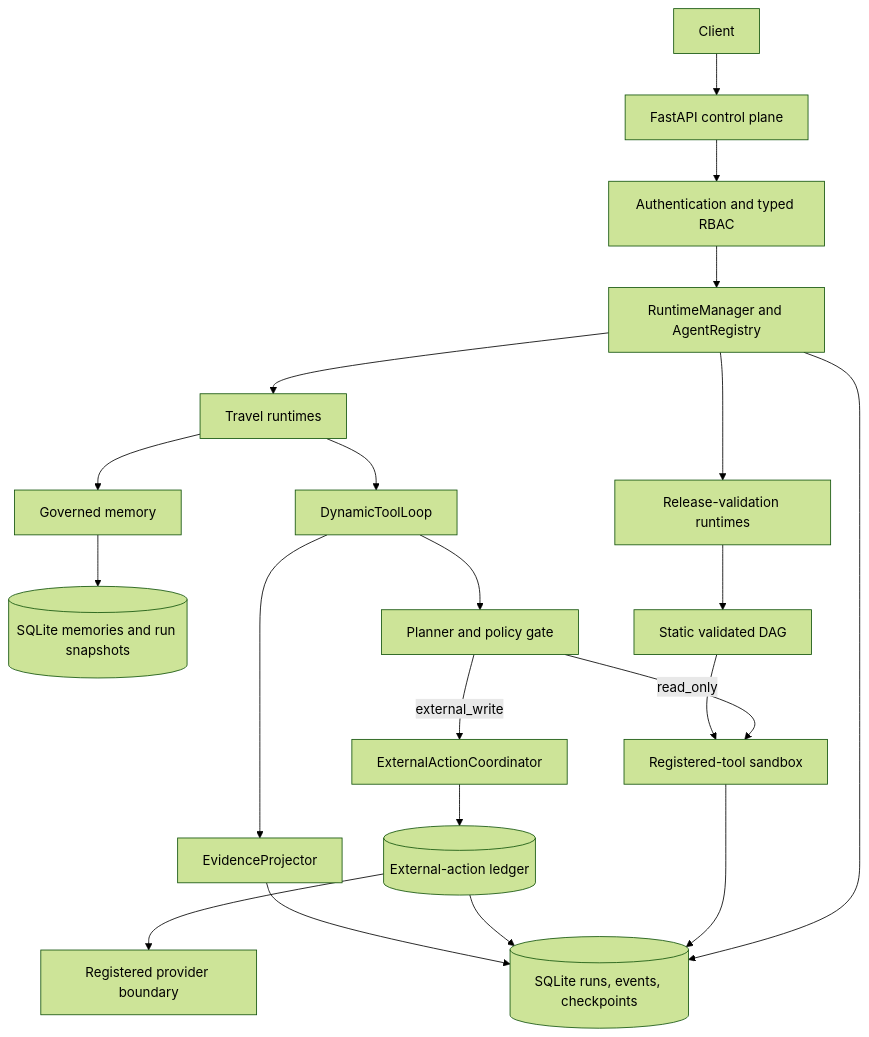
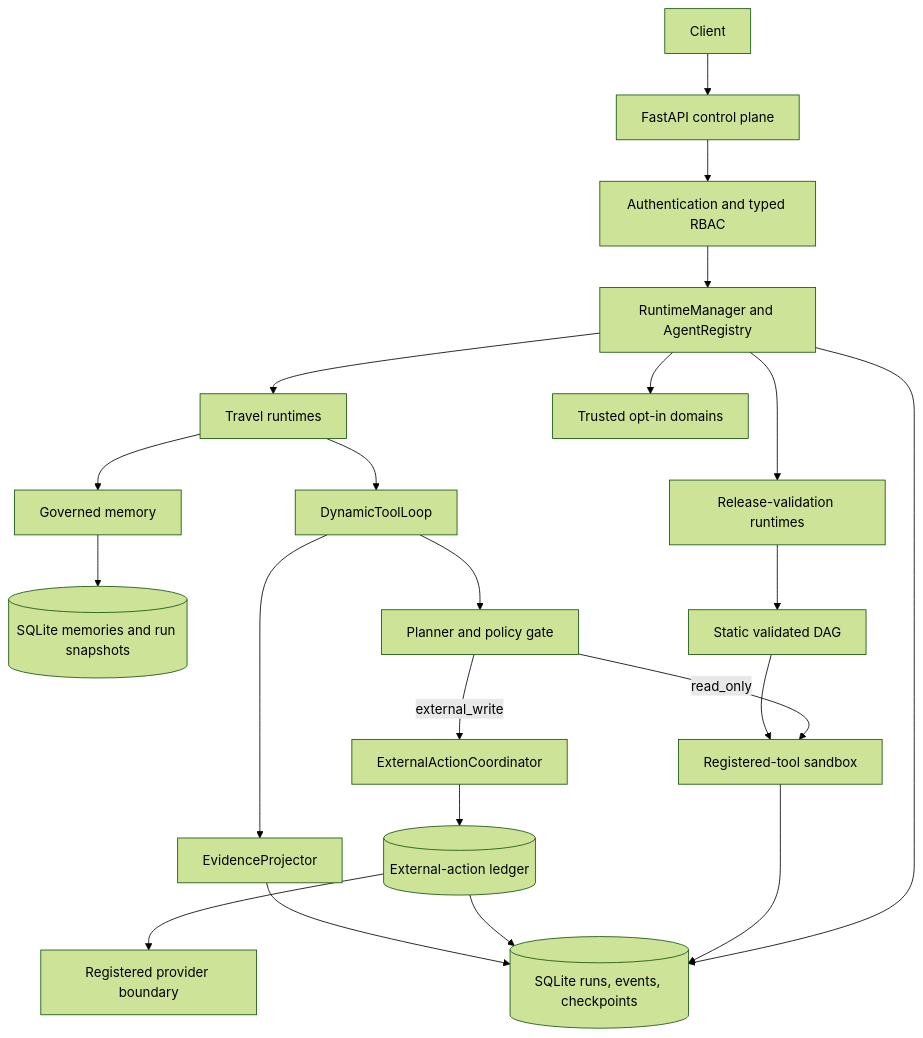
One commit to YingzuoLiu/agent-runtime-platform changed the second of 3 diagrams in README.md. Above: the diagram before and after it, drawn with Mermaid (forest theme). The commit also changed other lines of this file and 19 other files, not shown here.

````diff
--- a/README.md
+++ b/README.md
@@ -248,23 +249,24 @@
 ```mermaid
 flowchart TB
     C[Client] --> A[FastAPI control plane]
     A --> I[Authentication and typed RBAC]
     I --> M[RuntimeManager and AgentRegistry]
     M --> S[(SQLite runs, events, checkpoints)]
     M --> T[Travel runtimes]
     M --> R[Release-validation runtimes]
+    M --> U[Trusted opt-in domains]
     T --> X[Governed memory]
     X --> Q[(SQLite memories and run snapshots)]
     T --> L[DynamicToolLoop]
     R --> G[Static validated DAG]
     L --> P[Planner and policy gate]
     P -->|read_only| B[Registered-tool sandbox]
     P -->|external_write| EC[ExternalActionCoordinator]
     EC --> E[(External-action ledger)]
     E --> V[Registered provider boundary]
     L --> O[EvidenceProjector]
     G --> B
     B --> S
     E --> S
     O --> S
 ```
````
